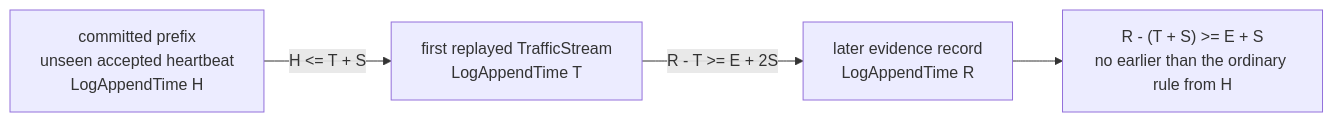
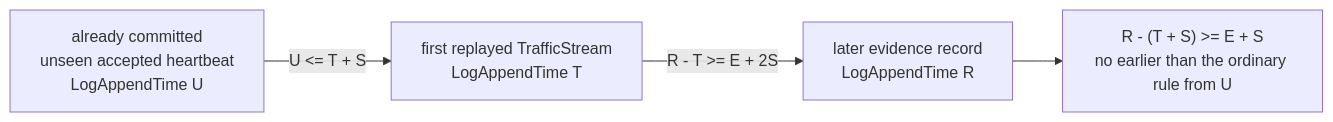
The third of 6 diagrams in docs/captureAndReplay/captureAndReplayArchitecture.md (opensearch-project/opensearch-migrations), drawn with Mermaid before and after one commit. The commit also changed other lines of this file and 9 other files, not shown here.

````diff
--- a/docs/captureAndReplay/captureAndReplayArchitecture.md
+++ b/docs/captureAndReplay/captureAndReplayArchitecture.md
@@ -836,11 +807,11 @@
 ```mermaid
 flowchart LR
-    H["committed prefix<br/>unseen accepted heartbeat<br/>LogAppendTime H"]
+    U["already committed<br/>unseen accepted heartbeat<br/>LogAppendTime U"]
     T["first replayed TrafficStream<br/>LogAppendTime T"]
     R["later evidence record<br/>LogAppendTime R"]
-    X["R - (T + S) >= E + S<br/>no earlier than the ordinary rule from H"]
+    X["R - (T + S) >= E + S<br/>no earlier than the ordinary rule from U"]
 
-    H -->|"H <= T + S"| T
+    U -->|"U <= T + S"| T
     T -->|"R - T >= E + 2S"| R
     R --> X
 ```
````
